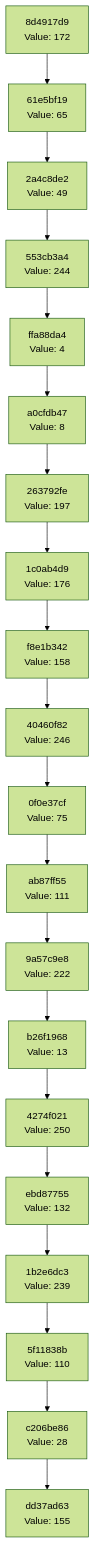
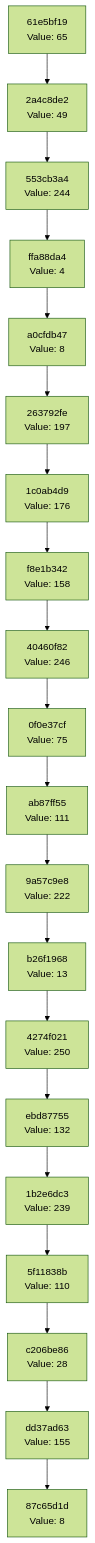
Before and after one commit to Abhisheksinha1506/hash-chain-evolver: the diagram in docs/CHAIN_VISUALIZATION.md, drawn with Mermaid (forest theme). The commit also changed 3 other files, not shown here.

````diff
--- a/docs/CHAIN_VISUALIZATION.md
+++ b/docs/CHAIN_VISUALIZATION.md
@@ -3,42 +3,42 @@
 ```mermaid
 graph TD
-    C0["dd37ad63<br/>Value: 155"]
-    C1["c206be86<br/>Value: 28"]
+    C0["87c65d1d<br/>Value: 8"]
+    C1["dd37ad63<br/>Value: 155"]
     C1 --> C0
-    C2["5f11838b<br/>Value: 110"]
+    C2["c206be86<br/>Value: 28"]
     C2 --> C1
-    C3["1b2e6dc3<br/>Value: 239"]
+    C3["5f11838b<br/>Value: 110"]
     C3 --> C2
-    C4["ebd87755<br/>Value: 132"]
+    C4["1b2e6dc3<br/>Value: 239"]
     C4 --> C3
-    C5["4274f021<br/>Value: 250"]
+    C5["ebd87755<br/>Value: 132"]
     C5 --> C4
-    C6["b26f1968<br/>Value: 13"]
+    C6["4274f021<br/>Value: 250"]
     C6 --> C5
-    C7["9a57c9e8<br/>Value: 222"]
+    C7["b26f1968<br/>Value: 13"]
     C7 --> C6
-    C8["ab87ff55<br/>Value: 111"]
+    C8["9a57c9e8<br/>Value: 222"]
     C8 --> C7
-    C9["0f0e37cf<br/>Value: 75"]
+    C9["ab87ff55<br/>Value: 111"]
     C9 --> C8
-    C10["40460f82<br/>Value: 246"]
+    C10["0f0e37cf<br/>Value: 75"]
     C10 --> C9
-    C11["f8e1b342<br/>Value: 158"]
+    C11["40460f82<br/>Value: 246"]
     C11 --> C10
-    C12["1c0ab4d9<br/>Value: 176"]
+    C12["f8e1b342<br/>Value: 158"]
     C12 --> C11
-    C13["263792fe<br/>Value: 197"]
+    C13["1c0ab4d9<br/>Value: 176"]
     C13 --> C12
-    C14["a0cfdb47<br/>Value: 8"]
+    C14["263792fe<br/>Value: 197"]
     C14 --> C13
-    C15["ffa88da4<br/>Value: 4"]
+    C15["a0cfdb47<br/>Value: 8"]
     C15 --> C14
-    C16["553cb3a4<br/>Value: 244"]
+    C16["ffa88da4<br/>Value: 4"]
     C16 --> C15
-    C17["2a4c8de2<br/>Value: 49"]
+    C17["553cb3a4<br/>Value: 244"]
     C17 --> C16
-    C18["61e5bf19<br/>Value: 65"]
+    C18["2a4c8de2<br/>Value: 49"]
     C18 --> C17
-    C19["8d4917d9<br/>Value: 172"]
+    C19["61e5bf19<br/>Value: 65"]
     C19 --> C18
 ```
````
